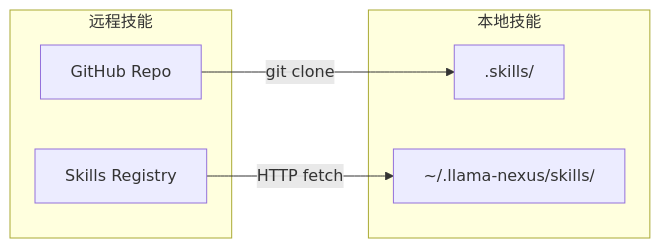
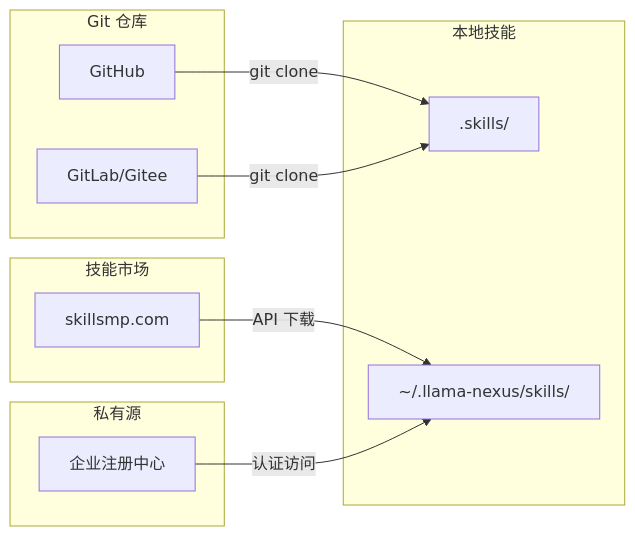
Before and after one commit to LlamaEdge/llama-nexus: the fourth of 5 diagrams in docs/skills/skills-future-roadmap.md, drawn with Mermaid. The commit also changed other lines of this file and 2 other files, not shown here.

Commit message:
docs: add comprehensive architecture documentation and update skills docs

````diff
--- a/docs/skills/skills-future-roadmap.md
+++ b/docs/skills/skills-future-roadmap.md
@@ -481,15 +644,25 @@
 ```mermaid
 graph LR
     subgraph Local["本地技能"]
         L1[.skills/]
         L2[~/.llama-nexus/skills/]
     end
 
-    subgraph Remote["远程技能"]
-        R1[GitHub Repo]
-        R2[Skills Registry]
+    subgraph Market["技能市场"]
+        M1[skillsmp.com]
     end
 
-    R1 -->|git clone| L1
-    R2 -->|HTTP fetch| L2
+    subgraph Git["Git 仓库"]
+        G1[GitHub]
+        G2[GitLab/Gitee]
+    end
+
+    subgraph Private["私有源"]
+        P1[企业注册中心]
+    end
+
+    M1 -->|API 下载| L2
+    G1 -->|git clone| L1
+    G2 -->|git clone| L1
+    P1 -->|认证访问| L2
 ```
````
